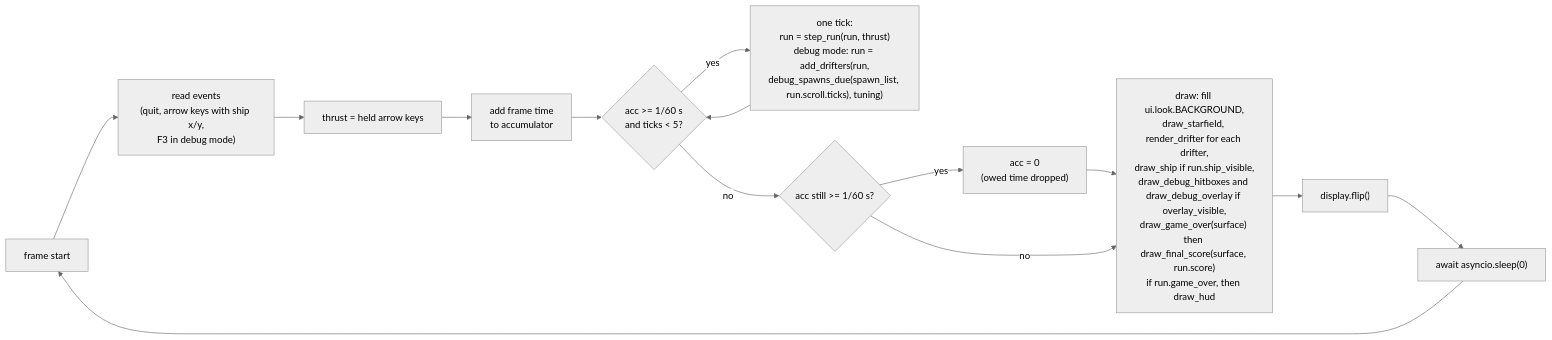
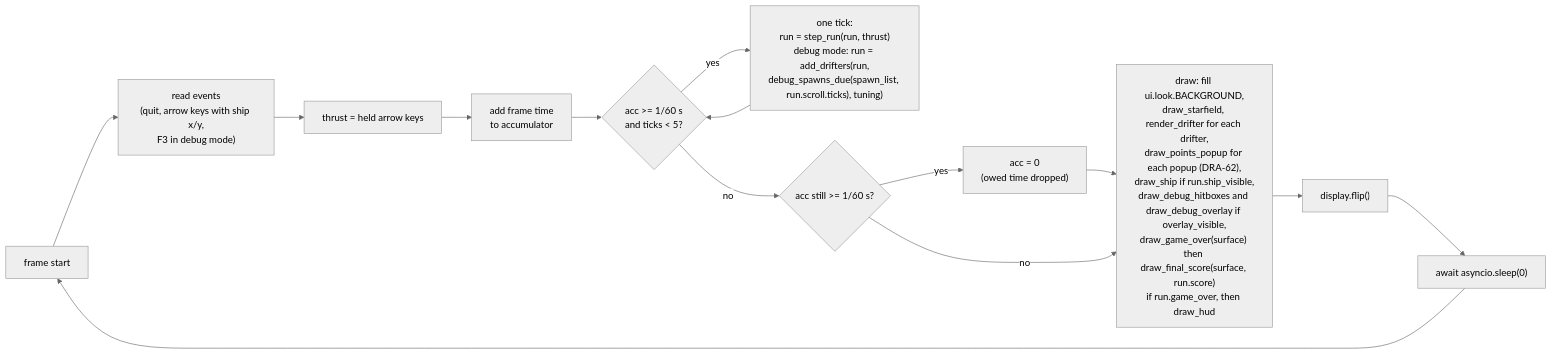
Before and after one commit to david-mntl/driftward-ace: the third of 3 diagrams in docs/contracts/systems/app.md, drawn with Mermaid (neutral theme). The commit also changed other lines of this file and 12 other files, not shown here.

Commit message:
docs(contracts): add DRA-62 contracts, coin tuning schema, update app, drifters, run and scroll

````diff
--- a/docs/contracts/systems/app.md
+++ b/docs/contracts/systems/app.md
@@ -80,14 +81,14 @@
 ```mermaid
 flowchart LR
   F["frame start"] --> EV["read events<br/>(quit, arrow keys with ship x/y,<br/>F3 in debug mode)"]
   EV --> HK["thrust = held arrow keys"]
   HK --> AC["add frame time<br/>to accumulator"]
   AC --> T{"acc >= 1/60 s<br/>and ticks < 5?"}
   T -- yes --> TK["one tick:<br/>run = step_run(run, thrust)<br/>debug mode: run = add_drifters(run,<br/>debug_spawns_due(spawn_list, run.scroll.ticks), tuning)"] --> T
   T -- no --> CAP{"acc still >= 1/60 s?"}
   CAP -- yes --> DROP["acc = 0<br/>(owed time dropped)"] --> D
-  CAP -- no --> D["draw: fill ui.look.BACKGROUND,<br/>draw_starfield, render_drifter for each drifter,<br/>draw_ship if run.ship_visible,<br/>draw_debug_hitboxes and draw_debug_overlay if overlay_visible,<br/>draw_game_over(surface) then draw_final_score(surface, run.score)<br/>if run.game_over, then draw_hud"]
+  CAP -- no --> D["draw: fill ui.look.BACKGROUND,<br/>draw_starfield, render_drifter for each drifter,<br/>draw_points_popup for each popup (DRA-62),<br/>draw_ship if run.ship_visible,<br/>draw_debug_hitboxes and draw_debug_overlay if overlay_visible,<br/>draw_game_over(surface) then draw_final_score(surface, run.score)<br/>if run.game_over, then draw_hud"]
   D --> FL["display.flip()"]
   FL --> Y["await asyncio.sleep(0)"]
   Y --> F
 ```
````
